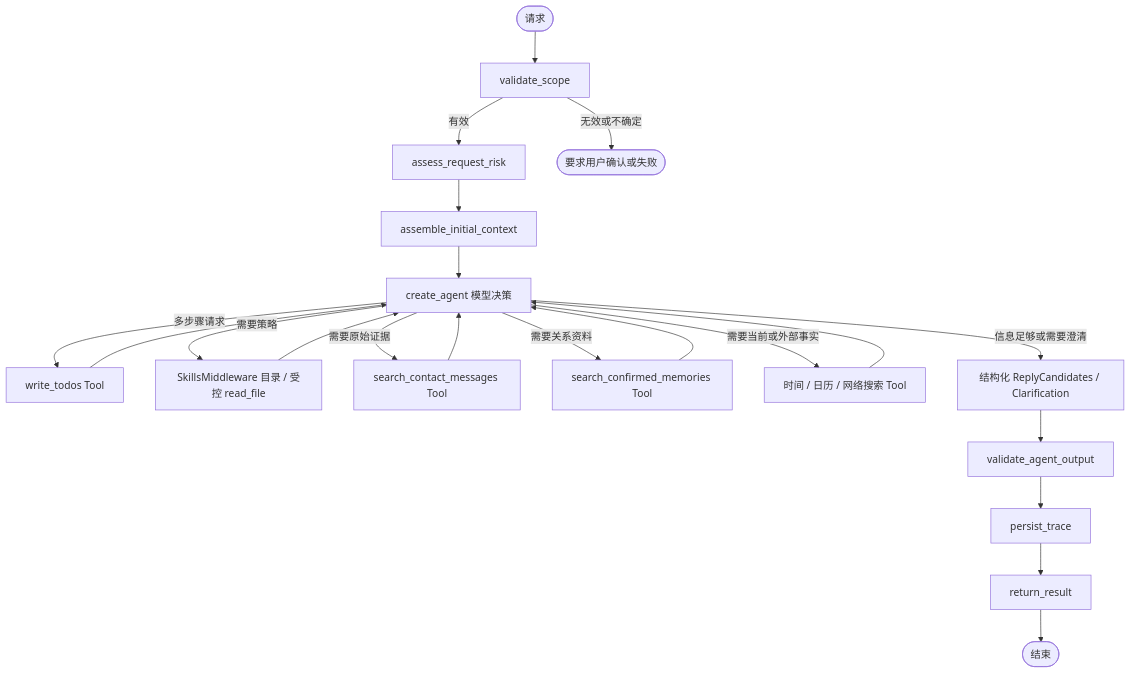
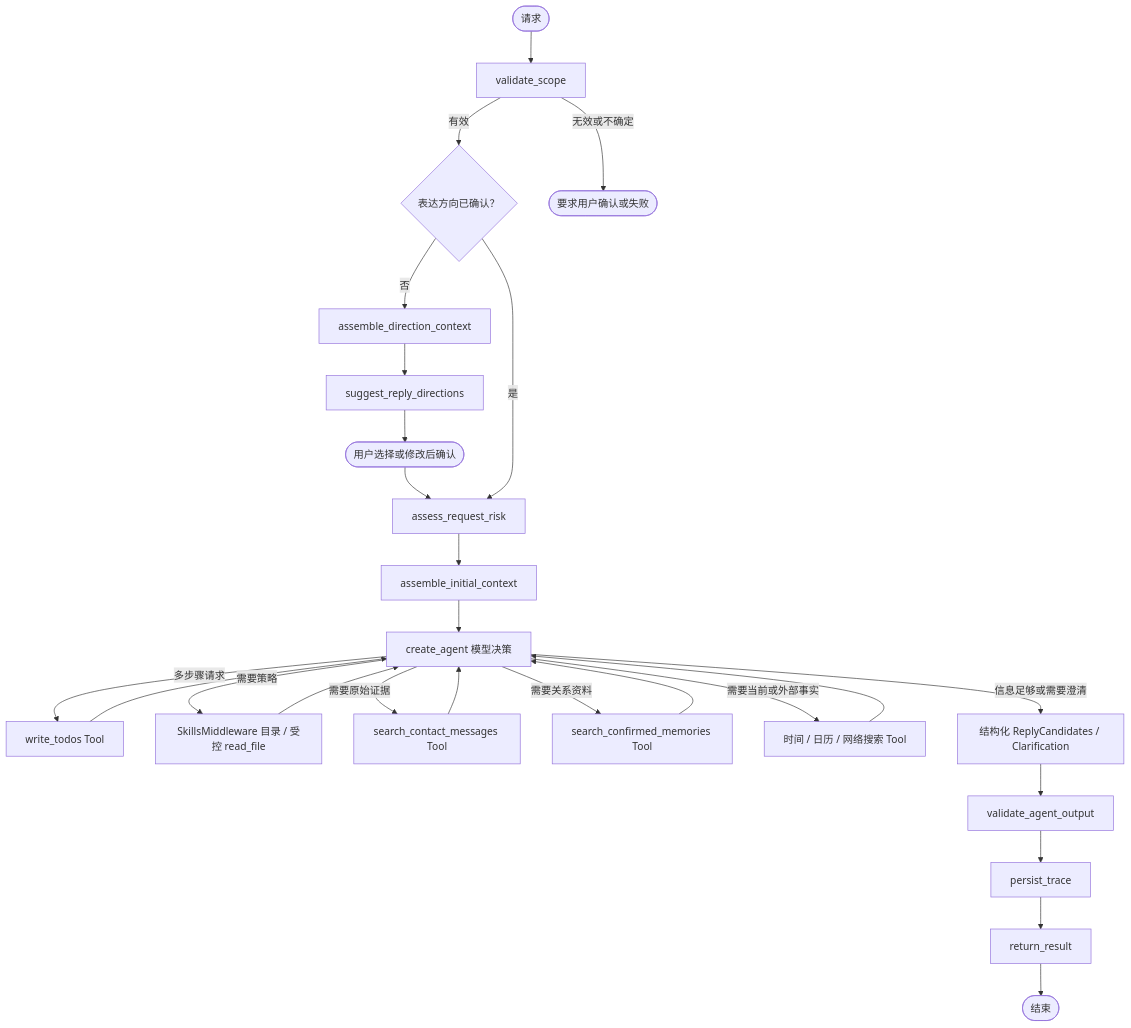
One commit to Aqua-ava/NotAlone changed the second of 2 diagrams in architecture/drafts/agent-runtime.md. Above: the diagram before and after it, drawn with Mermaid. The commit also changed other lines of this file and 2 other files, not shown here.

Commit message:
限制方向建议使用最小上下文
1、方向建议只使用当前消息、近期对话、常驻卡和连续性提醒。
2、建议阶段不运行历史检索、Skill、外部 Tool 或候选 Tool loop。
3、用户确认方向后才组装完整上下文并生成候选。
4、补充方向建议的出站数据和最小验证要求，git diff --check 通过。

````diff
--- a/architecture/drafts/agent-runtime.md
+++ b/architecture/drafts/agent-runtime.md
@@ -52,23 +52,28 @@
 ```mermaid
 flowchart TD
     Start([请求]) --> Scope["validate_scope"]
-    Scope -->|有效| Risk["assess_request_risk"]
+    Scope -->|有效| Direction{"表达方向已确认？"}
     Scope -->|无效或不确定| Failed([要求用户确认或失败])
+    Direction -->|否| DirectionContext["assemble_direction_context"]
+    DirectionContext --> Suggest["suggest_reply_directions"]
+    Suggest --> Confirm([用户选择或修改后确认])
+    Confirm --> Risk["assess_request_risk"]
+    Direction -->|是| Risk
     Risk --> Context["assemble_initial_context"]
     Context --> Agent["create_agent 模型决策"]
     Agent -->|多步骤请求| Todo["write_todos Tool"]
     Agent -->|需要策略| Skill["SkillsMiddleware 目录 / 受控 read_file"]
     Agent -->|需要原始证据| Messages["search_contact_messages Tool"]
     Agent -->|需要关系资料| Memories["search_confirmed_memories Tool"]
     Agent -->|需要当前或外部事实| External["时间 / 日历 / 网络搜索 Tool"]
     Todo --> Agent
     Skill --> Agent
     Messages --> Agent
     Memories --> Agent
     External --> Agent
     Agent -->|信息足够或需要澄清| Output["结构化 ReplyCandidates / Clarification"]
     Output --> Validate["validate_agent_output"]
     Validate --> Persist["persist_trace"]
     Persist --> Return["return_result"]
     Return --> End([结束])
 ```
````
